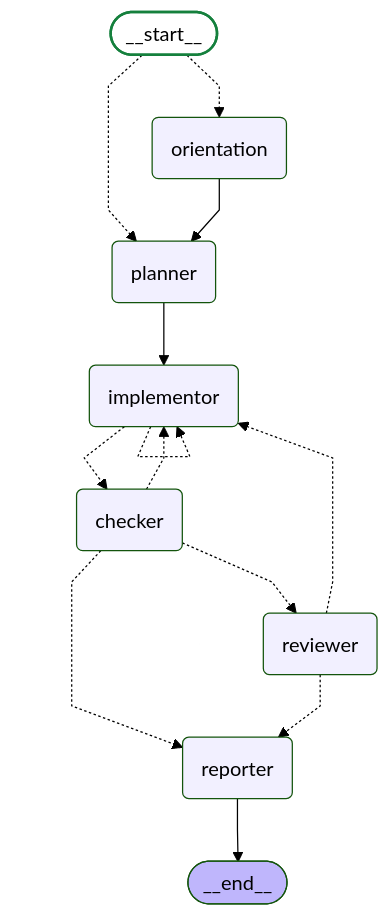
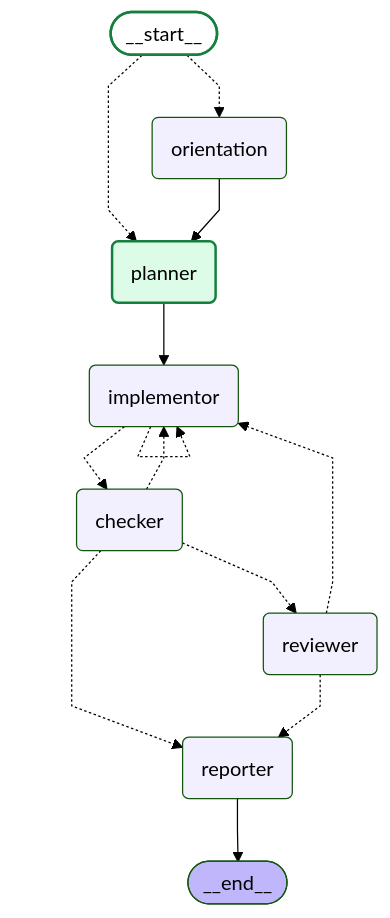
One commit to daniell0gda/hermes-feature-check-dashboard changed the diagram in latest/graph.mmd. Above: the diagram before and after it, drawn with Mermaid (forest theme). The commit also changed 11 other files, not shown here.

```diff
--- a/latest/graph.mmd
+++ b/latest/graph.mmd
@@ -1,34 +1,35 @@
 ---
 config:
   flowchart:
     curve: linear
 ---
 graph TD;
 	__start__([<p>__start__</p>]):::first
 	orientation(orientation)
 	planner(planner)
 	implementor(implementor)
 	checker(checker)
 	reviewer(reviewer)
 	reporter(reporter)
 	__end__([<p>__end__</p>]):::last
 	__start__ -.-> orientation;
 	__start__ -.-> planner;
 	checker -.-> implementor;
 	checker -.-> reporter;
 	checker -.-> reviewer;
 	implementor -.-> checker;
 	orientation --> planner;
 	planner --> implementor;
 	reviewer -.-> implementor;
 	reviewer -.-> reporter;
 	reporter --> __end__;
 	implementor -.-> implementor;
 	classDef default fill:#f2f0ff,line-height:1.2
 	classDef first fill-opacity:0
 	classDef last fill:#bfb6fc
 
 classDef done fill:#dcfce7,stroke:#15803d,stroke-width:2px;
 classDef active fill:#dbeafe,stroke:#2563eb,stroke-width:3px;
 classDef failed fill:#fee2e2,stroke:#b42318,stroke-width:2px;
+class planner done;
 class __start__ done;
```
